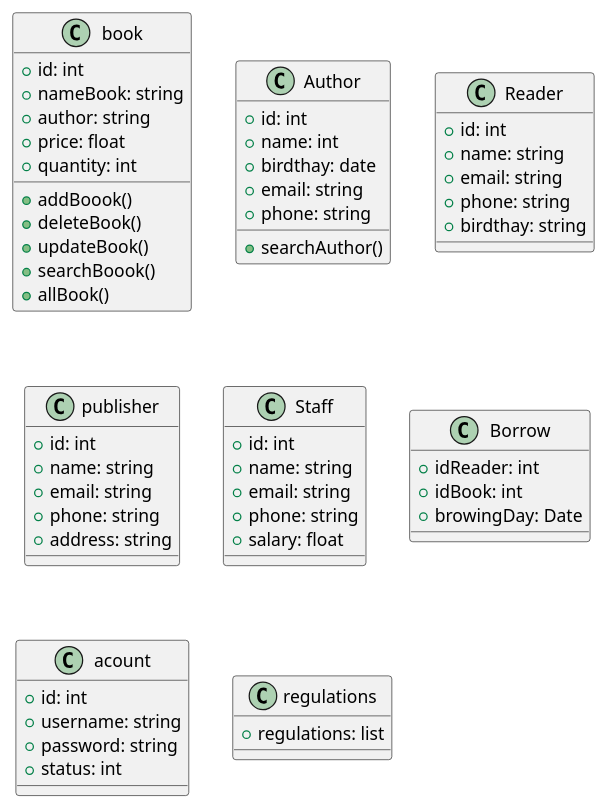
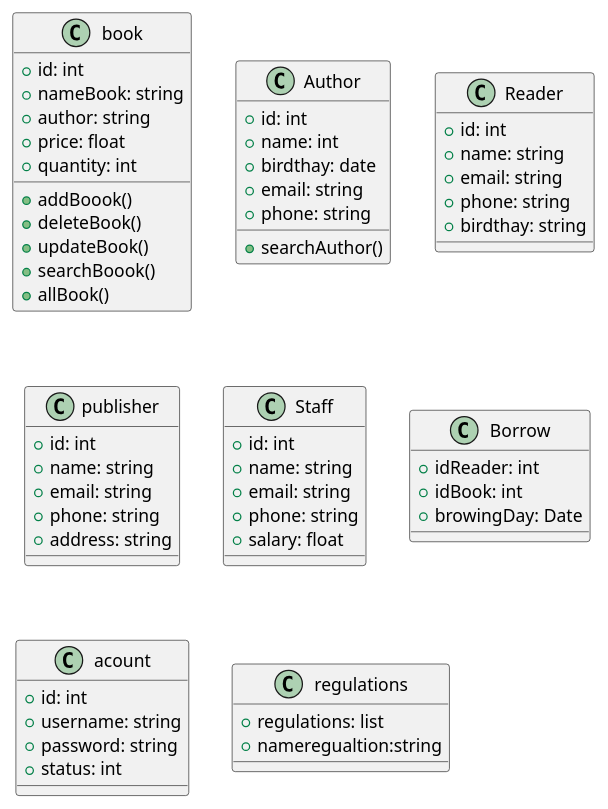
One commit to Tkanh12-10-2024/LibaryManger changed the diagram in src/com/khanh/libarymanager/LibaryClass.puml. Above: the diagram before and after it, drawn with PlantUML.

Commit message:
second update class

```diff
--- a/src/com/khanh/libarymanager/LibaryClass.puml
+++ b/src/com/khanh/libarymanager/LibaryClass.puml
@@ -1,57 +1,59 @@
 @startuml
 class book {
     +id: int
     +nameBook: string
     +author: string
     +price: float
     +quantity: int
     +addBoook()
     +deleteBook()
     +updateBook()
     +searchBoook()
     +allBook()
 }
 class Author {
     +id: int
     +name: int
     +birdthay: date
     +email: string
     + phone: string
     +searchAuthor()
 }
 class Reader {
     +id: int
     +name: string
     +email: string
     +phone: string
     +birdthay: string
 }
 class publisher {
     +id: int
     +name: string
     +email: string
     +phone: string
     +address: string
 }
 class Staff {
     +id: int
     +name: string
     +email: string
     +phone: string
     +salary: float
+
 }
 class Borrow {
  +idReader: int
  +idBook: int
  +browingDay: Date
 }
 class acount {
     +id: int
     +username: string
     +password: string
     +status: int
 }
 class regulations {
     +regulations: list
+    +nameregualtion:string
 }
 @enduml
```
